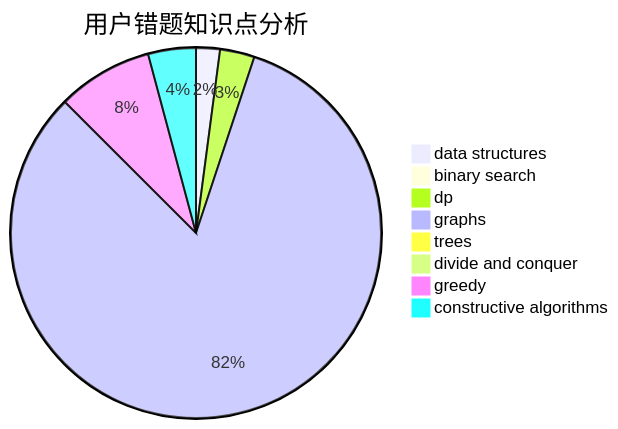
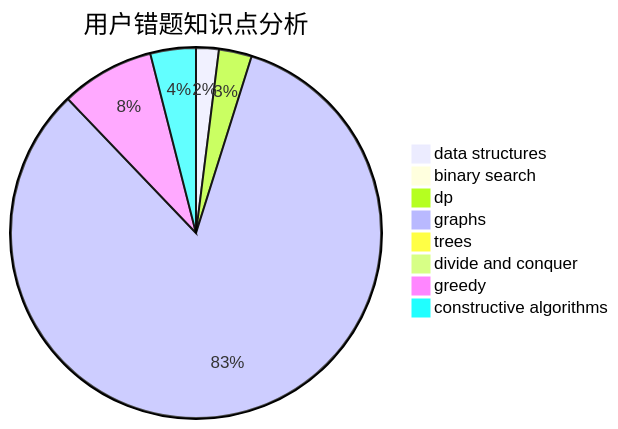
Before and after one commit to sherpahu/cfrs.github.io: the third of 3 diagrams in docs/user/u1322.md, drawn with Mermaid. The commit also changed other lines of this file and 2770 other files, not shown here.

````diff
--- a/docs/user/u1322.md
+++ b/docs/user/u1322.md
@@ -36,11 +36,11 @@
 ```mermaid
 pie title 用户错题知识点分析
     "data structures" :  9
     "binary search" :  1
     "dp" :  13
-    "graphs" :  356
+    "graphs" :  376
     "trees" :  0
     "divide and conquer" :  0
-    "greedy" :  36
+    "greedy" :  37
     "constructive algorithms" :  18
 ```
````
